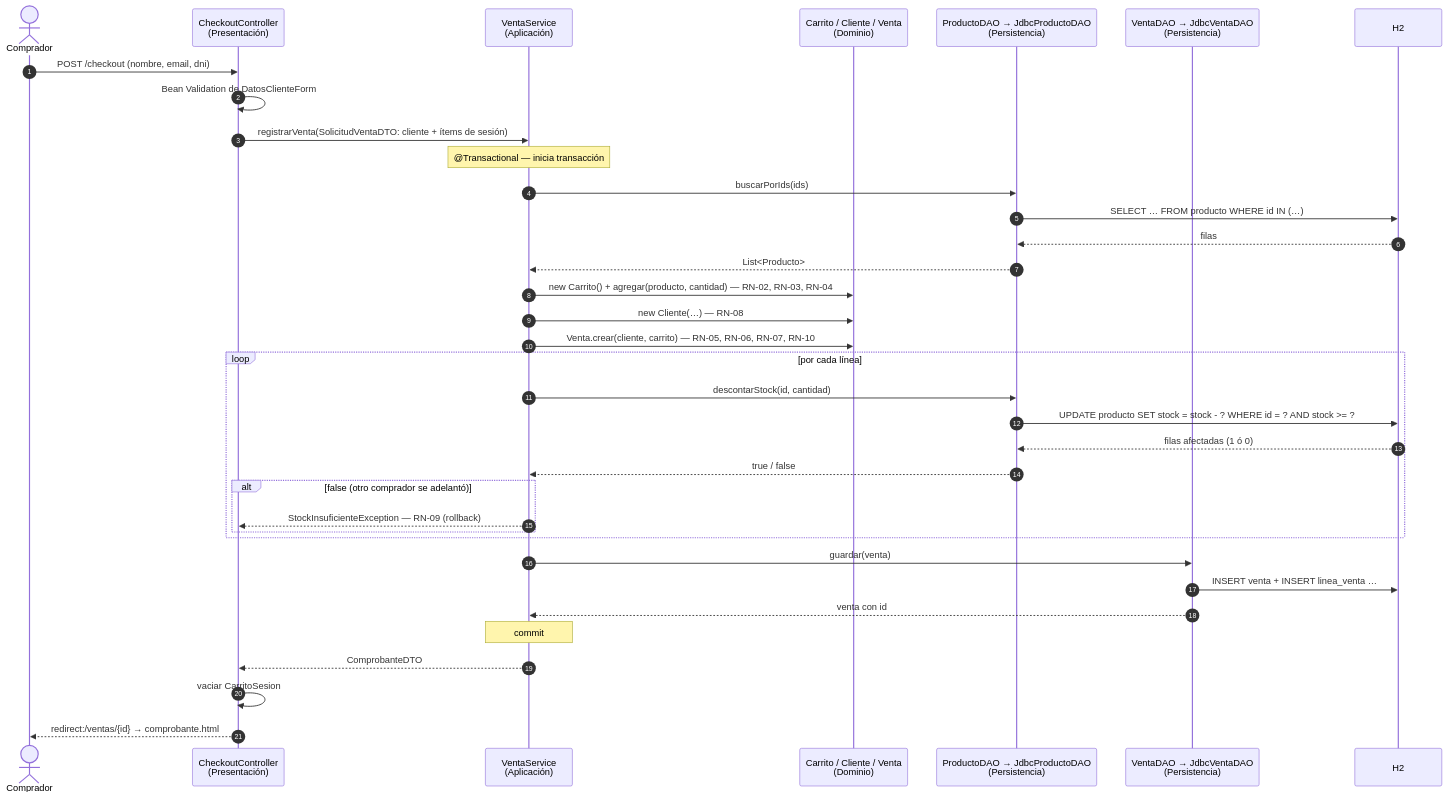
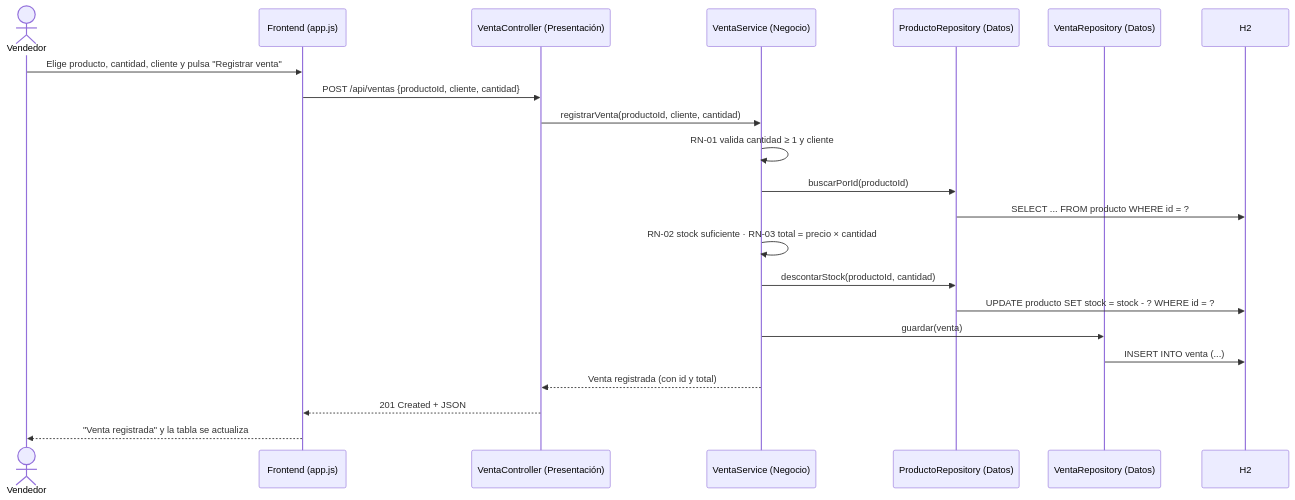
Before and after one commit to eduardo18sr/actividad-4puntos-arquitectura-capas: the second of 2 diagrams in specs/arquitectura/arquitectura.md, drawn with Mermaid. The commit also changed other lines of this file and 24 other files, not shown here.

First line of the commit message:
Simplificar specs SDD a una sola funcionalidad: registrar venta

````diff
--- a/specs/arquitectura/arquitectura.md
+++ b/specs/arquitectura/arquitectura.md
@@ -209,39 +49,25 @@
 ```mermaid
 sequenceDiagram
-    autonumber
-    actor C as Comprador
-    participant CH as CheckoutController<br/>(Presentación)
-    participant VS as VentaService<br/>(Aplicación)
-    participant D as Carrito / Cliente / Venta<br/>(Dominio)
-    participant PD as ProductoDAO → JdbcProductoDAO<br/>(Persistencia)
-    participant VD as VentaDAO → JdbcVentaDAO<br/>(Persistencia)
+    actor U as Vendedor
+    participant F as Frontend (app.js)
+    participant C as VentaController (Presentación)
+    participant S as VentaService (Negocio)
+    participant PR as ProductoRepository (Datos)
+    participant VR as VentaRepository (Datos)
     participant DB as H2
 
-    C->>CH: POST /checkout (nombre, email, dni)
-    CH->>CH: Bean Validation de DatosClienteForm
-    CH->>VS: registrarVenta(SolicitudVentaDTO: cliente + ítems de sesión)
-    Note over VS: @Transactional — inicia transacción
-    VS->>PD: buscarPorIds(ids)
-    PD->>DB: SELECT … FROM producto WHERE id IN (…)
-    DB-->>PD: filas
-    PD-->>VS: List<Producto>
-    VS->>D: new Carrito() + agregar(producto, cantidad) — RN-02, RN-03, RN-04
-    VS->>D: new Cliente(…) — RN-08
-    VS->>D: Venta.crear(cliente, carrito) — RN-05, RN-06, RN-07, RN-10
-    loop por cada línea
-        VS->>PD: descontarStock(id, cantidad)
-        PD->>DB: UPDATE producto SET stock = stock - ? WHERE id = ? AND stock >= ?
-        DB-->>PD: filas afectadas (1 ó 0)
-        PD-->>VS: true / false
-        alt false (otro comprador se adelantó)
-            VS-->>CH: StockInsuficienteException — RN-09 (rollback)
-        end
-    end
-    VS->>VD: guardar(venta)
-    VD->>DB: INSERT venta + INSERT linea_venta …
-    VD-->>VS: venta con id
-    Note over VS: commit
-    VS-->>CH: ComprobanteDTO
-    CH->>CH: vaciar CarritoSesion
-    CH-->>C: redirect:/ventas/{id} → comprobante.html
+    U->>F: Elige producto, cantidad, cliente y pulsa "Registrar venta"
+    F->>C: POST /api/ventas {productoId, cliente, cantidad}
+    C->>S: registrarVenta(productoId, cliente, cantidad)
+    S->>S: RN-01 valida cantidad ≥ 1 y cliente
+    S->>PR: buscarPorId(productoId)
+    PR->>DB: SELECT ... FROM producto WHERE id = ?
+    S->>S: RN-02 stock suficiente · RN-03 total = precio × cantidad
+    S->>PR: descontarStock(productoId, cantidad)
+    PR->>DB: UPDATE producto SET stock = stock - ? WHERE id = ?
+    S->>VR: guardar(venta)
+    VR->>DB: INSERT INTO venta (...)
+    S-->>C: Venta registrada (con id y total)
+    C-->>F: 201 Created + JSON
+    F-->>U: "Venta registrada" y la tabla se actualiza
 ```
````
